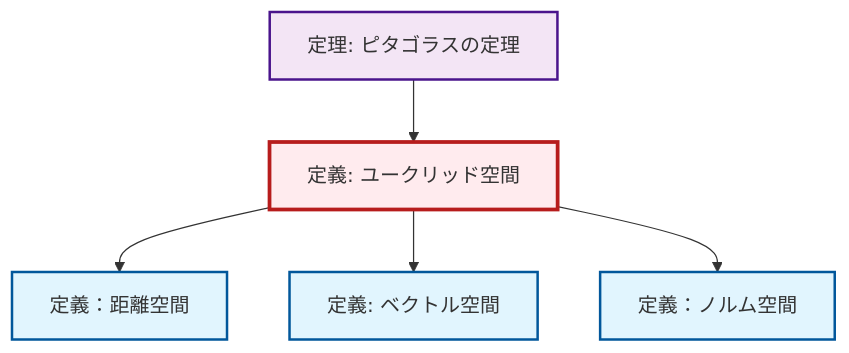
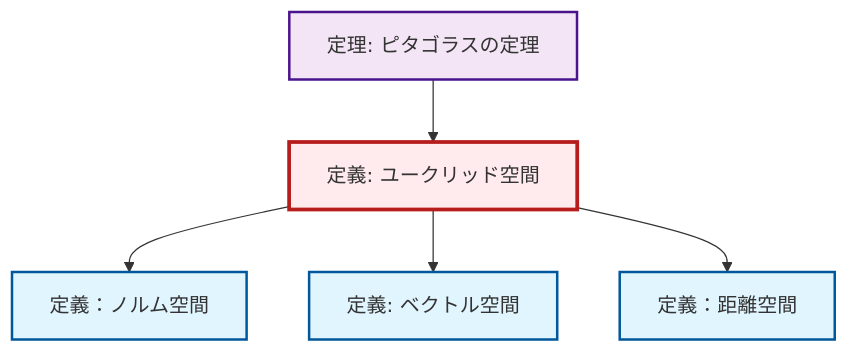
One commit to RK0429/ModernMath changed the second of 2 diagrams in content/ja/geometry/def-euclidean-space.qmd. Above: the diagram before and after it, drawn with Mermaid. The commit also changed other lines of this file and 1012 other files, not shown here.

````diff
--- a/content/ja/geometry/def-euclidean-space.qmd
+++ b/content/ja/geometry/def-euclidean-space.qmd
@@ -70,23 +70,23 @@
 ```{mermaid}
 %%| fig-cap: "Local dependency graph"
 graph TD
     classDef definition fill:#e1f5fe,stroke:#01579b,stroke-width:2px
     classDef theorem fill:#f3e5f5,stroke:#4a148c,stroke-width:2px
     classDef axiom fill:#fff3e0,stroke:#e65100,stroke-width:2px
     classDef example fill:#e8f5e9,stroke:#1b5e20,stroke-width:2px
     classDef current fill:#ffebee,stroke:#b71c1c,stroke-width:3px
     def-vector-space["定義: ベクトル空間"]:::definition
+    def-euclidean-space["定義: ユークリッド空間"]:::definition
+    thm-pythagorean["定理: ピタゴラスの定理"]:::theorem
     def-metric-space["定義：距離空間"]:::definition
     def-normed-vector-space["定義：ノルム空間"]:::definition
-    thm-pythagorean["定理: ピタゴラスの定理"]:::theorem
-    def-euclidean-space["定義: ユークリッド空間"]:::definition
-    def-euclidean-space --> def-metric-space
+    def-euclidean-space --> def-normed-vector-space
     def-euclidean-space --> def-vector-space
     thm-pythagorean --> def-euclidean-space
-    def-euclidean-space --> def-normed-vector-space
+    def-euclidean-space --> def-metric-space
     class def-euclidean-space current
     click def-vector-space "def-vector-space.html" "ベクトル空間の定義へ"
+    click thm-pythagorean "thm-pythagorean.html" "ピタゴラスの定理の定理へ"
     click def-metric-space "def-metric-space.html" "定義：距離空間へ"
     click def-normed-vector-space "def-normed-vector-space.html" "定義：ノルム空間へ"
-    click thm-pythagorean "thm-pythagorean.html" "ピタゴラスの定理の定理へ"
 ```
````
